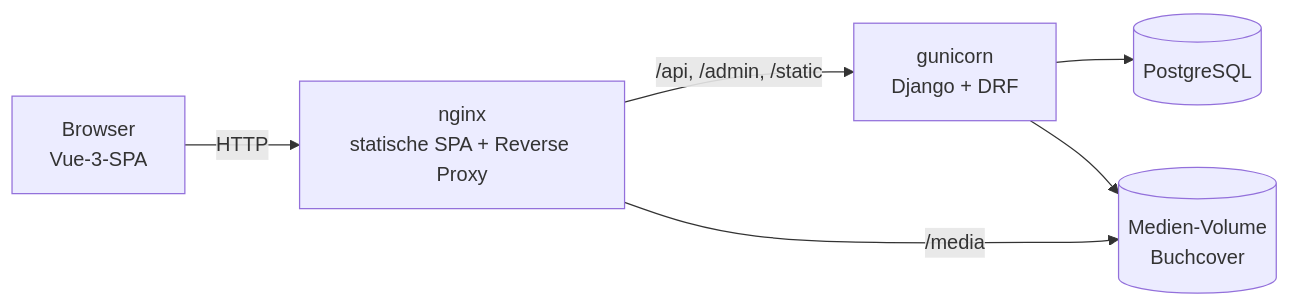
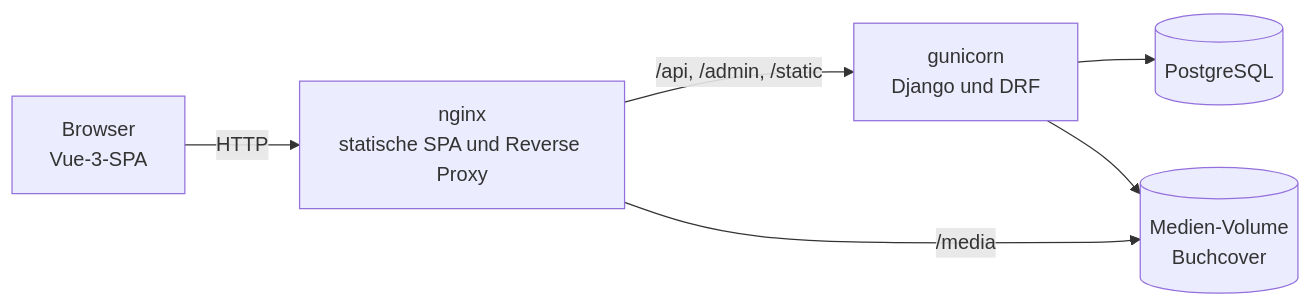
The diagram in README.de.md (DogNellaf/verso-bookshop), drawn with Mermaid before and after one commit. The commit also changed other lines of this file and 23 other files, not shown here.

````diff
--- a/README.de.md
+++ b/README.de.md
@@ -140,8 +139,8 @@
 ```mermaid
 flowchart LR
-    U[Browser<br/>Vue-3-SPA] -->|HTTP| N[nginx<br/>statische SPA + Reverse Proxy]
-    N -->|/api, /admin, /static| G[gunicorn<br/>Django + DRF]
+    U[Browser<br/>Vue-3-SPA] -->|HTTP| N[nginx<br/>statische SPA und Reverse Proxy]
+    N -->|/api, /admin, /static| G[gunicorn<br/>Django und DRF]
     N -->|/media| M[(Medien-Volume<br/>Buchcover)]
     G --> P[(PostgreSQL)]
     G --> M
 ```
````
